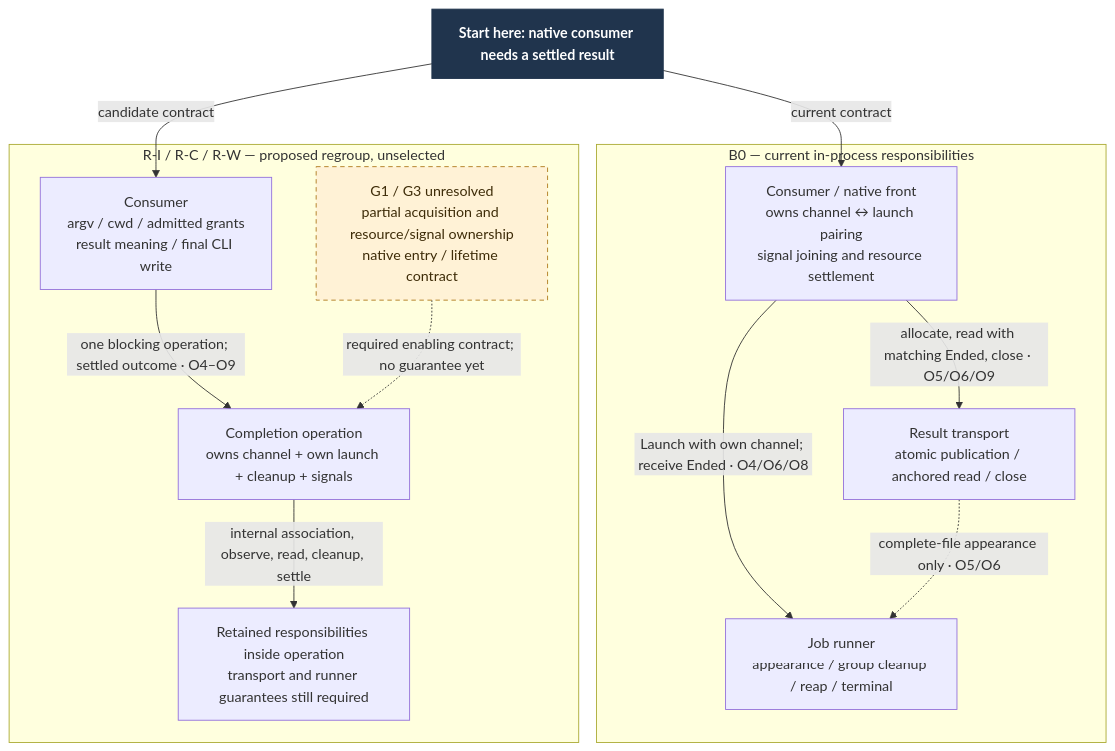
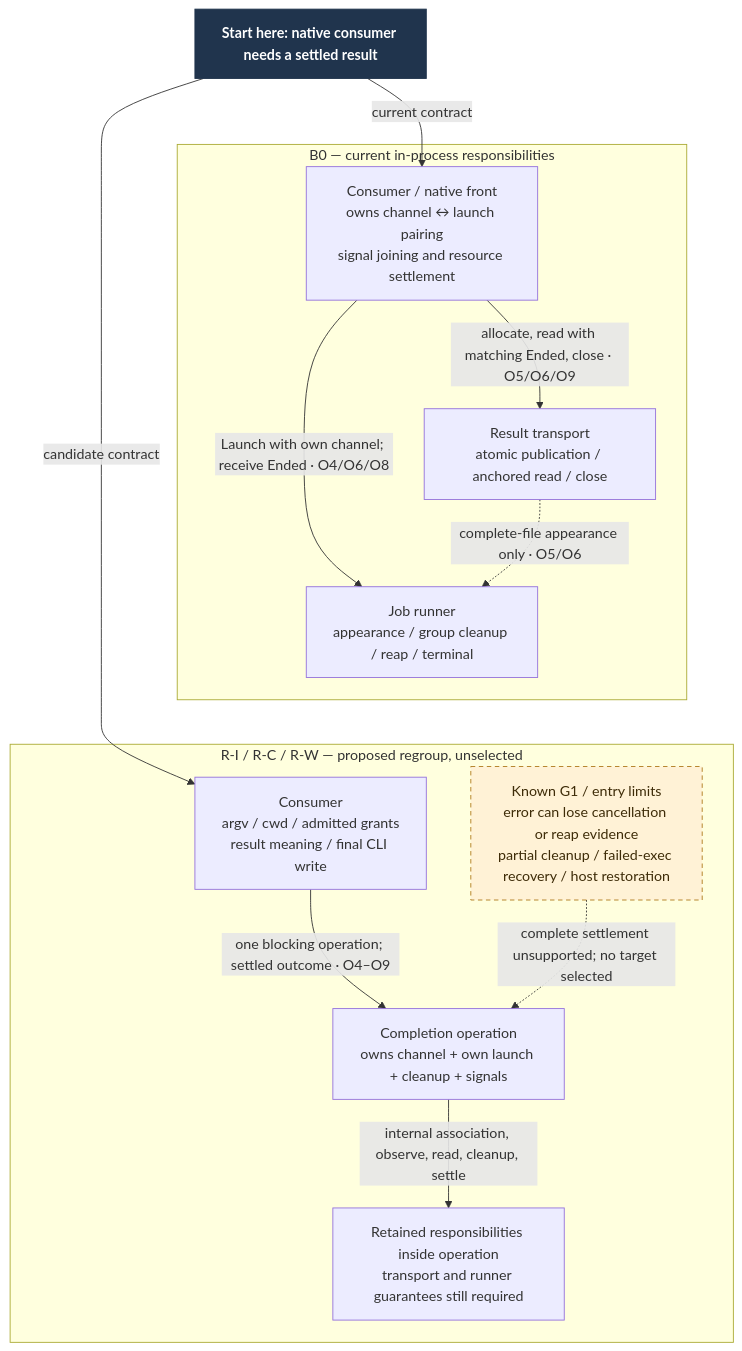
One commit to Linkuistics/Ravel changed the diagram in docs/design/result-job/ownership.mmd. Above: the diagram before and after it, drawn with Mermaid. The commit also changed 17 other files, not shown here.

Commit message:
result-job-transfer-k6: document acquisition failure limits and native entry obligations

```diff
--- a/docs/design/result-job/ownership.mmd
+++ b/docs/design/result-job/ownership.mmd
@@ -1,25 +1,27 @@
 flowchart TB
   start["Start here: native consumer needs a settled result"]
   subgraph baseline["B0 — current in-process responsibilities"]
     front["Consumer / native front<br/>owns channel ↔ launch pairing<br/>signal joining and resource settlement"]
     channel["Result transport<br/>atomic publication / anchored read / close"]
     runner["Job runner<br/>appearance / group cleanup / reap / terminal"]
     front -->|"allocate, read with matching Ended, close · O5/O6/O9"| channel
     front -->|"Launch with own channel; receive Ended · O4/O6/O8"| runner
     channel -.->|"complete-file appearance only · O5/O6"| runner
   end
   subgraph proposed["R-I / R-C / R-W — proposed regroup, unselected"]
     client["Consumer<br/>argv / cwd / admitted grants<br/>result meaning / final CLI write"]
     owner["Completion operation<br/>owns channel + own launch + cleanup + signals"]
     inside["Retained responsibilities inside operation<br/>transport and runner guarantees still required"]
-    gap["G1 / G3 unresolved<br/>partial acquisition and resource/signal ownership<br/>native entry / lifetime contract"]
+    gap["Known G1 / entry limits<br/>error can lose cancellation or reap evidence<br/>partial cleanup / failed-exec recovery / host restoration"]
     client -->|"one blocking operation; settled outcome · O4–O9"| owner
     owner -->|"internal association, observe, read, cleanup, settle"| inside
-    gap -.->|"required enabling contract; no guarantee yet"| owner
+    gap -.->|"complete settlement unsupported; no target selected"| owner
   end
   start -->|"current contract"| front
   start -->|"candidate contract"| client
+  %% Invisible layout constraint keeps the two views vertically readable.
+  runner ~~~ client
   classDef start fill:#20344d,color:#fff,stroke:#20344d,font-weight:bold
   classDef open fill:#fff2d6,color:#3e2c08,stroke:#ae791a,stroke-dasharray:5 4
   class start start
   class gap open
```
